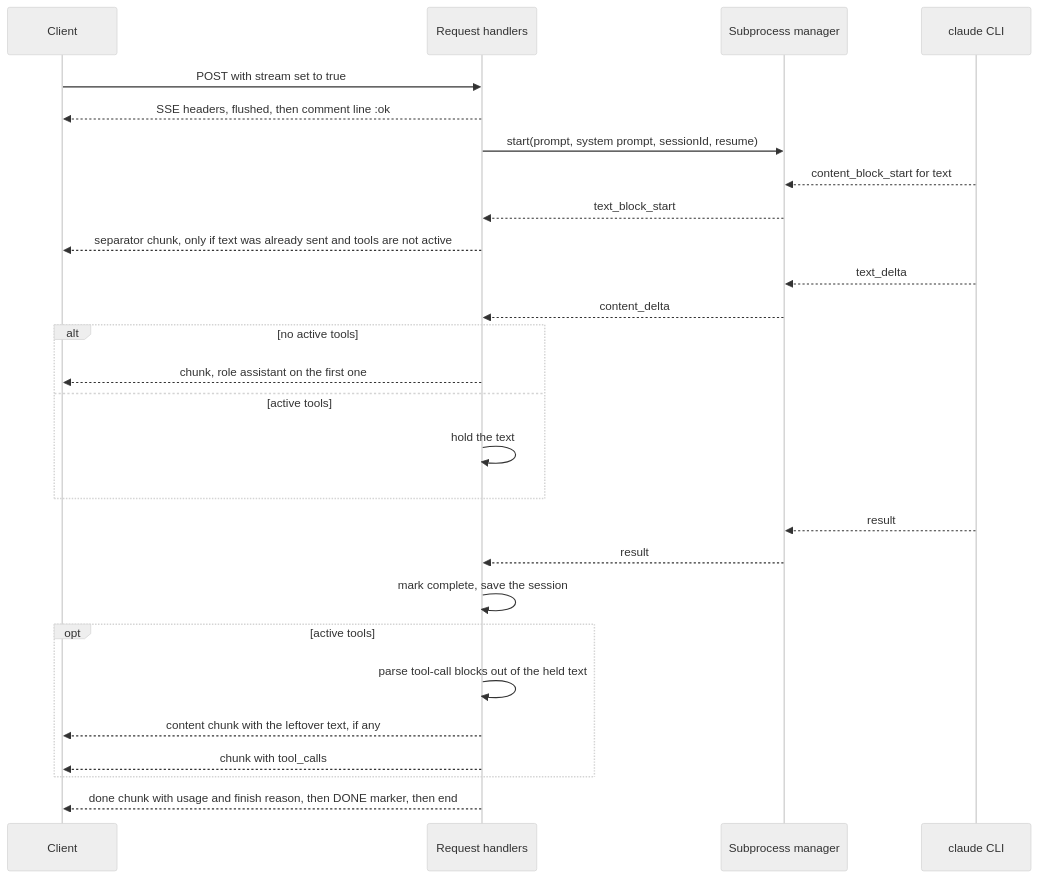
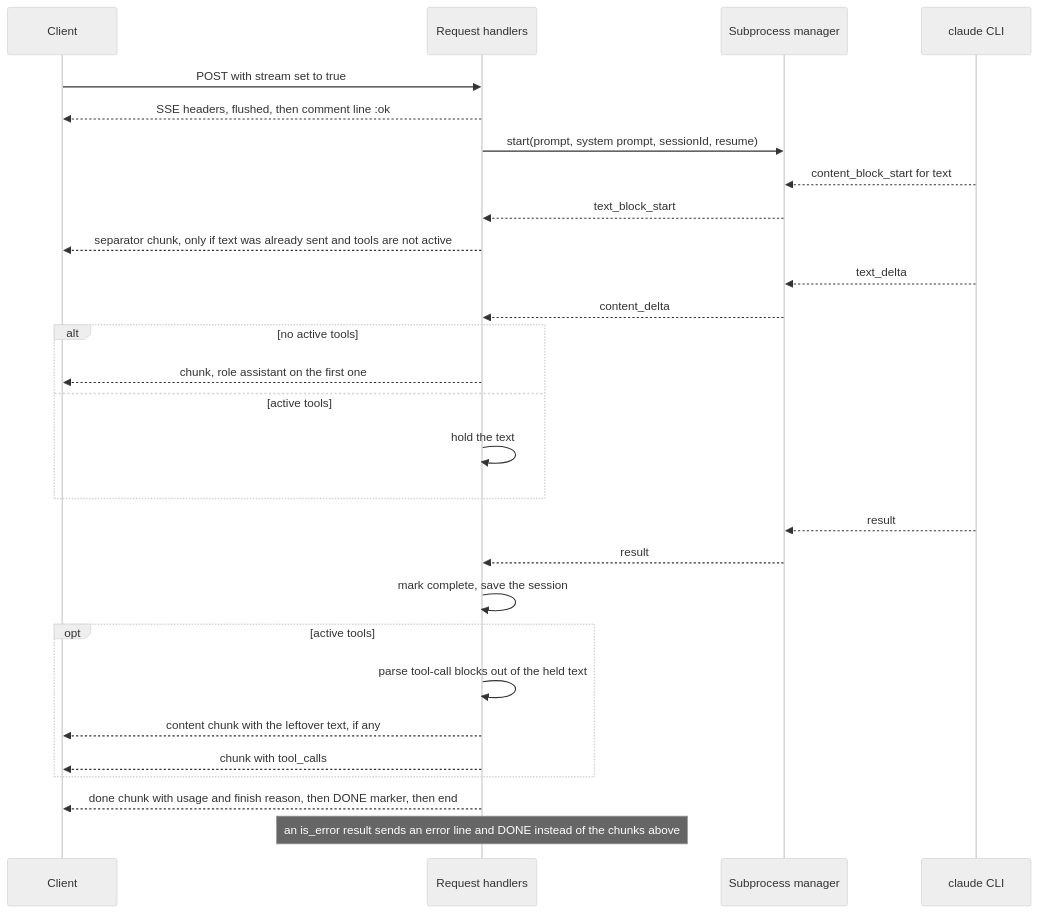
Before and after one commit to jameshskoh/claude-max-api-proxy: the third of 4 diagrams in docs/WORKFLOW.md, drawn with Mermaid (neutral theme). The commit also changed other lines of this file and 6 other files, not shown here.

````diff
--- a/docs/WORKFLOW.md
+++ b/docs/WORKFLOW.md
@@ -144,29 +145,30 @@
 ```mermaid
 sequenceDiagram
   participant C as Client
   participant R as Request handlers
   participant S as Subprocess manager
   participant CLI as claude CLI
   C->>R: POST with stream set to true
   R-->>C: SSE headers, flushed, then comment line :ok
   R->>S: start(prompt, system prompt, sessionId, resume)
   CLI-->>S: content_block_start for text
   S-->>R: text_block_start
   R-->>C: separator chunk, only if text was already sent and tools are not active
   CLI-->>S: text_delta
   S-->>R: content_delta
   alt no active tools
     R-->>C: chunk, role assistant on the first one
   else active tools
     R->>R: hold the text
   end
   CLI-->>S: result
   S-->>R: result
   R->>R: mark complete, save the session
   opt active tools
     R->>R: parse tool-call blocks out of the held text
     R-->>C: content chunk with the leftover text, if any
     R-->>C: chunk with tool_calls
   end
   R-->>C: done chunk with usage and finish reason, then DONE marker, then end
+  Note over R: an is_error result sends an error line and DONE instead of the chunks above
 ```
````
